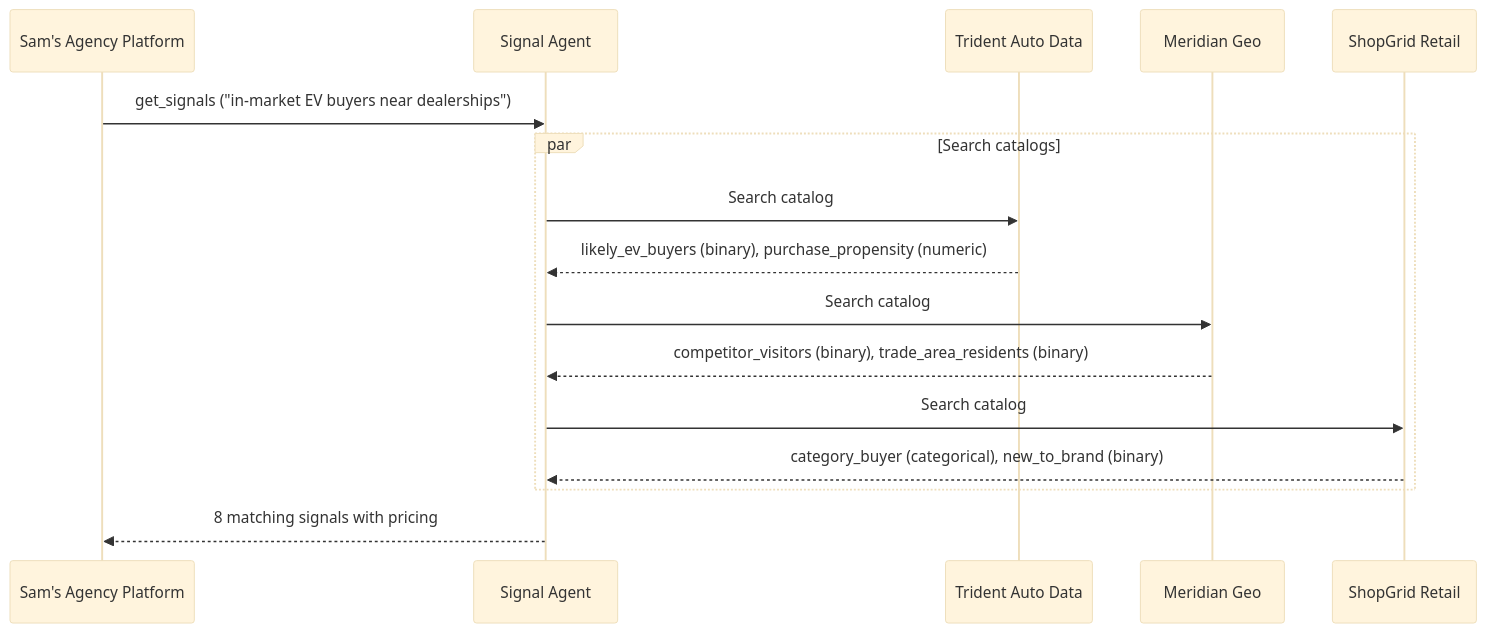
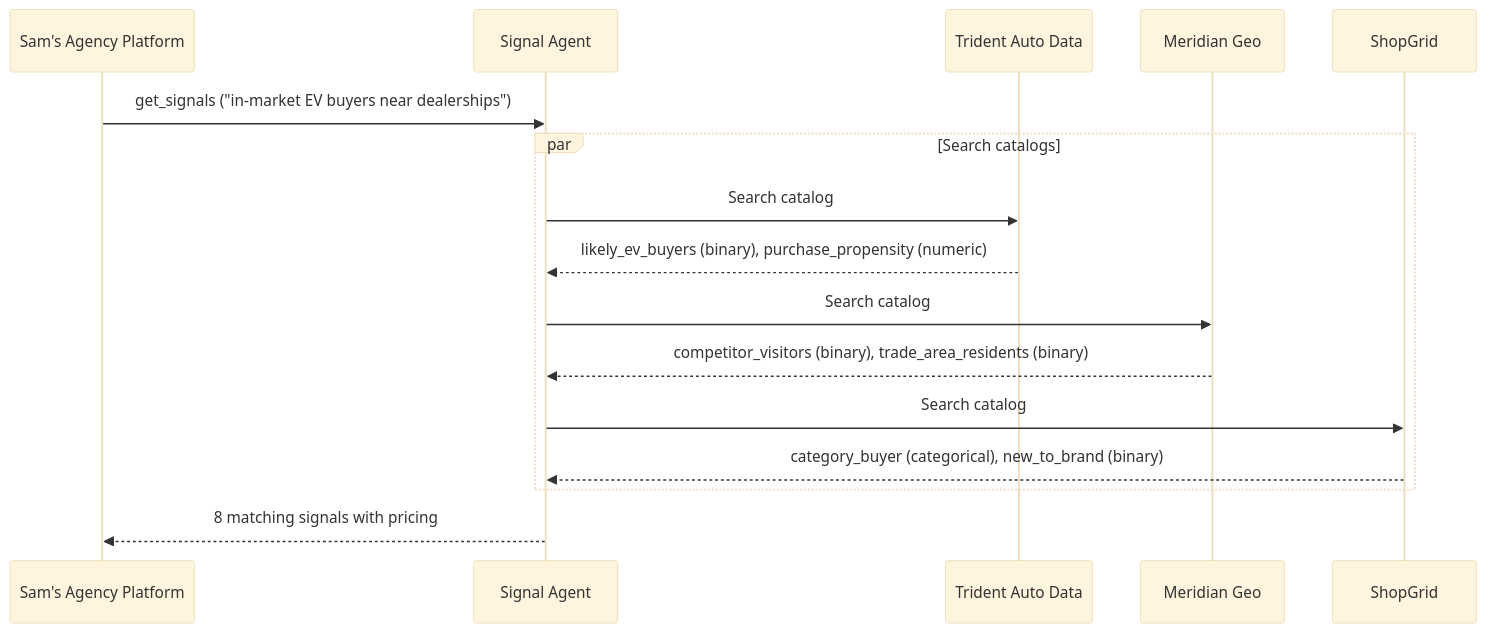
The first of 2 diagrams in docs/signals/overview.mdx (adcontextprotocol/adcp), drawn with Mermaid (base theme) before and after one commit. The commit also changed other lines of this file and 12 other files, not shown here.

````diff
--- a/docs/signals/overview.mdx
+++ b/docs/signals/overview.mdx
@@ -53,21 +53,21 @@
 ```mermaid
 sequenceDiagram
     participant Platform as Sam's Agency Platform
     participant Agent as Signal Agent
     participant Auto as Trident Auto Data
     participant Geo as Meridian Geo
-    participant Retail as ShopGrid Retail
+    participant Retail as ShopGrid
 
     Platform->>Agent: get_signals ("in-market EV buyers near dealerships")
 
     par Search catalogs
         Agent->>Auto: Search catalog
         Auto-->>Agent: likely_ev_buyers (binary), purchase_propensity (numeric)
         Agent->>Geo: Search catalog
         Geo-->>Agent: competitor_visitors (binary), trade_area_residents (binary)
         Agent->>Retail: Search catalog
         Retail-->>Agent: category_buyer (categorical), new_to_brand (binary)
     end
 
     Agent-->>Platform: 8 matching signals with pricing
 ```
````
